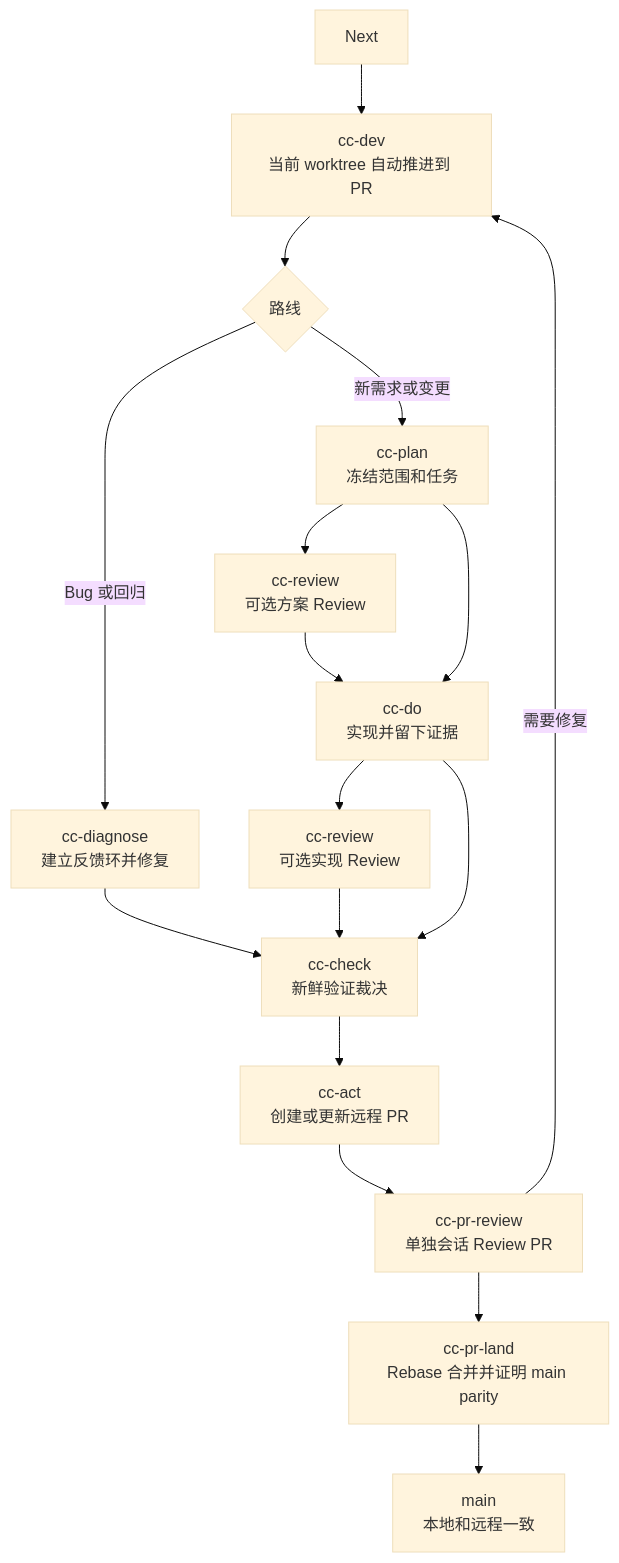
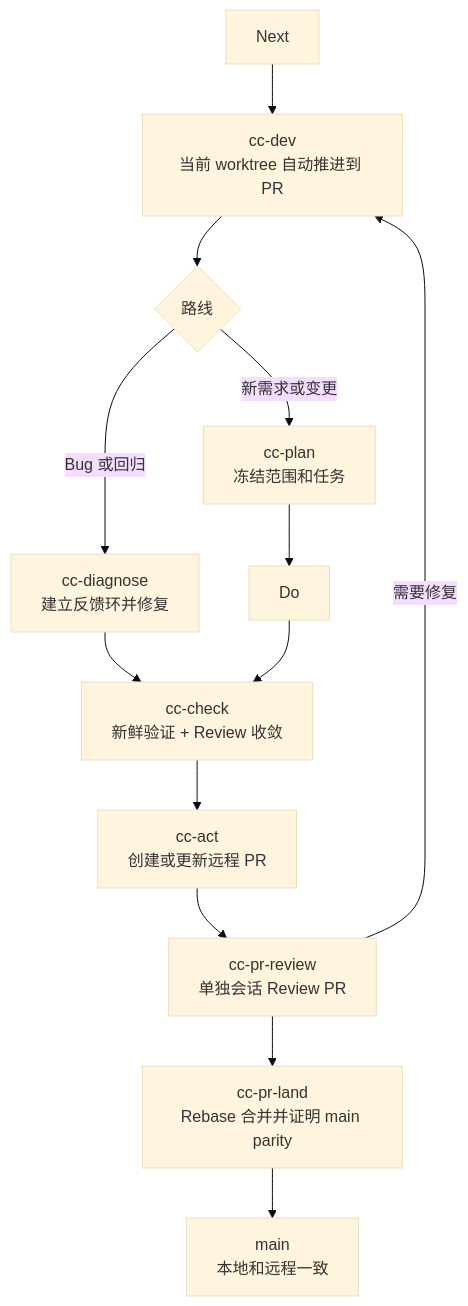
Before and after one commit to Dimon94/cc-devflow: the diagram in README.zh-CN.md, drawn with Mermaid (base theme). The commit also changed other lines of this file and 19 other files, not shown here.

First line of the commit message:
feat(check): 将 review 收敛并入 cc-check

````diff
--- a/README.zh-CN.md
+++ b/README.zh-CN.md
@@ -64,22 +64,18 @@
 ```mermaid
 flowchart TD
   Next --> Dev["cc-dev\n当前 worktree 自动推进到 PR"]
 
   Dev --> Route{"路线"}
   Route -->|新需求或变更| Plan["cc-plan\n冻结范围和任务"]
   Route -->|Bug 或回归| Diagnose["cc-diagnose\n建立反馈环并修复"]
 
-  Plan --> PlanReview["cc-review\n可选方案 Review"]
-  PlanReview --> Do["cc-do\n实现并留下证据"]
   Plan --> Do
   Diagnose --> Check
 
-  Do --> ImplReview["cc-review\n可选实现 Review"]
-  ImplReview --> Check["cc-check\n新鲜验证裁决"]
-  Do --> Check
+  Do --> Check["cc-check\n新鲜验证 + Review 收敛"]
   Check --> Act["cc-act\n创建或更新远程 PR"]
   Act --> PRReview["cc-pr-review\n单独会话 Review PR"]
   PRReview --> PRLand["cc-pr-land\nRebase 合并并证明 main parity"]
   PRReview -->|需要修复| Dev
   PRLand --> Main["main\n本地和远程一致"]
 ```
````
